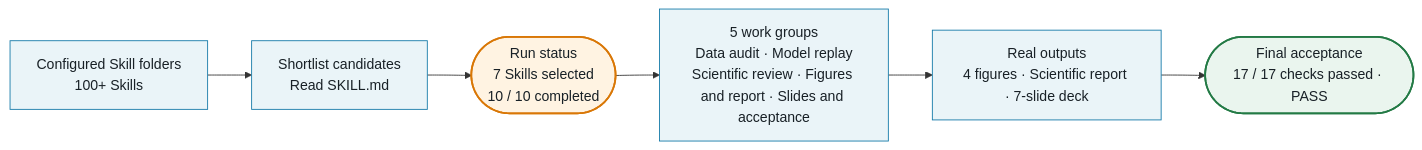
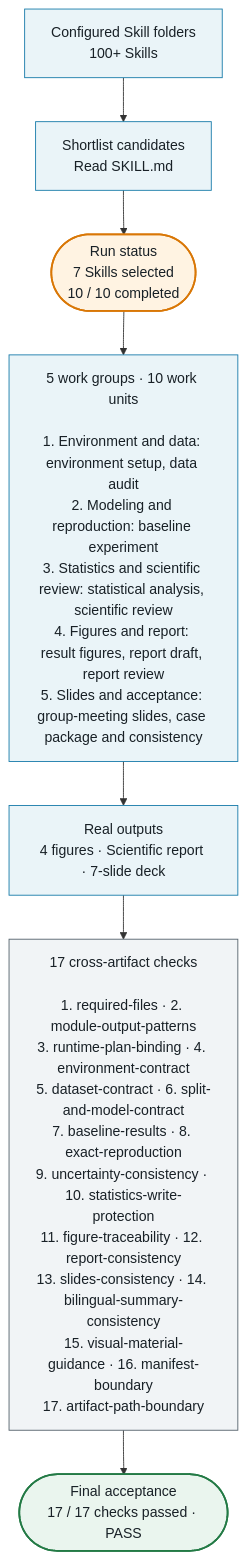
Before and after one commit to hallfay0/Vibe-Skills: the diagram in README.md, drawn with Mermaid. The commit also changed 2 other files, not shown here.

Commit message:
docs: expand case workflow details

````diff
--- a/README.md
+++ b/README.md
@@ -77,15 +77,18 @@
 ```mermaid
-flowchart LR
+flowchart TB
     A["Configured Skill folders<br/>100+ Skills"] --> B["Shortlist candidates<br/>Read SKILL.md"]
     B --> S(["Run status<br/>7 Skills selected<br/>10 / 10 completed"])
-    S --> C["5 work groups<br/>Data audit · Model replay<br/>Scientific review · Figures and report · Slides and acceptance"]
-    C --> D["Real outputs<br/>4 figures · Scientific report · 7-slide deck"]
-    D --> E(["Final acceptance<br/>17 / 17 checks passed · PASS"])
+    S --> W["5 work groups · 10 work units<br/><br/>1. Environment and data: environment setup, data audit<br/>2. Modeling and reproduction: baseline experiment<br/>3. Statistics and scientific review: statistical analysis, scientific review<br/>4. Figures and report: result figures, report draft, report review<br/>5. Slides and acceptance: group-meeting slides, case package and consistency"]
+    W --> D["Real outputs<br/>4 figures · Scientific report · 7-slide deck"]
+    D --> C["17 cross-artifact checks<br/><br/>1. required-files · 2. module-output-patterns<br/>3. runtime-plan-binding · 4. environment-contract<br/>5. dataset-contract · 6. split-and-model-contract<br/>7. baseline-results · 8. exact-reproduction<br/>9. uncertainty-consistency · 10. statistics-write-protection<br/>11. figure-traceability · 12. report-consistency<br/>13. slides-consistency · 14. bilingual-summary-consistency<br/>15. visual-material-guidance · 16. manifest-boundary<br/>17. artifact-path-boundary"]
+    C --> E(["Final acceptance<br/>17 / 17 checks passed · PASS"])
 
     classDef work fill:#EAF4F8,stroke:#1479A8,color:#182026;
     classDef status fill:#FFF3E2,stroke:#D97706,color:#182026,stroke-width:2px;
+    classDef checks fill:#F1F4F6,stroke:#52606A,color:#182026;
     classDef result fill:#EAF5EE,stroke:#237A45,color:#182026,stroke-width:2px;
-    class A,B,C,D work;
+    class A,B,W,D work;
     class S status;
+    class C checks;
     class E result;
 ```
````
